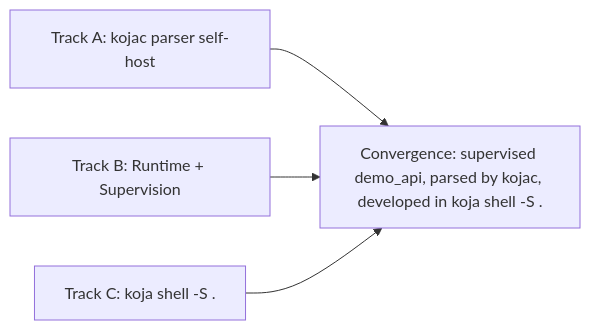
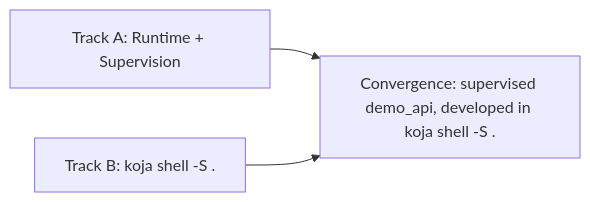
Before and after one commit to koja-lang/koja: the first of 2 diagrams in design/ROADMAP.md, drawn with Mermaid. The commit also changed other lines of this file and 69 other files, not shown here.

````diff
--- a/design/ROADMAP.md
+++ b/design/ROADMAP.md
@@ -204,6 +206,5 @@
 ```mermaid
 flowchart LR
-  TrackA["Track A: kojac parser self-host"] --> Conv["Convergence: supervised demo_api, parsed by kojac, developed in koja shell -S ."]
-  TrackB["Track B: Runtime + Supervision"] --> Conv
-  TrackC["Track C: koja shell -S ."] --> Conv
+  TrackA["Track A: Runtime + Supervision"] --> Conv["Convergence: supervised demo_api, developed in koja shell -S ."]
+  TrackB["Track B: koja shell -S ."] --> Conv
 ```
````
